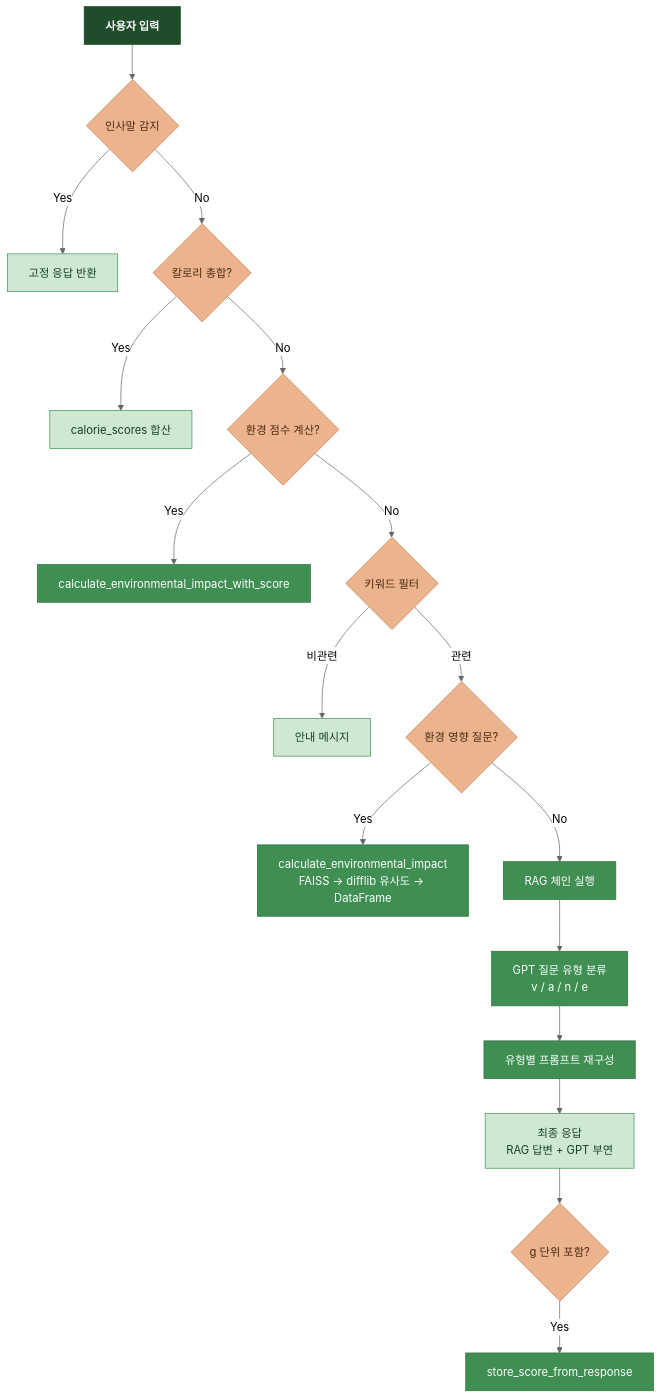
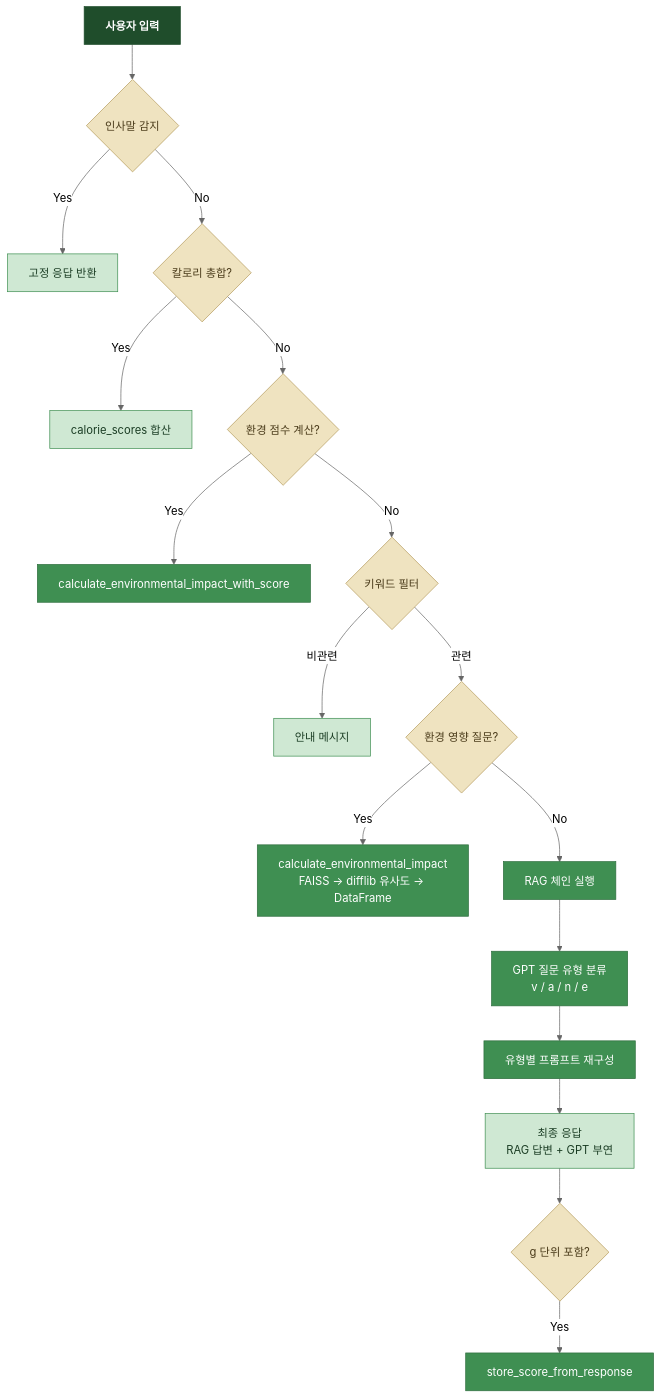
Before and after one commit to young017/VEGAN: the second of 3 diagrams in README.md, drawn with Mermaid (neutral theme).

````diff
--- a/README.md
+++ b/README.md
@@ -26,24 +26,24 @@
 ```mermaid
 flowchart TD
     classDef input  fill:#1F4D2B,stroke:#1F4D2B,color:#fff,font-weight:bold
-    classDef decide fill:#EBB48F,stroke:#C9824F,color:#4A2A10
+    classDef decide fill:#EFE3C0,stroke:#B59B5C,color:#4A3B1A
     classDef proc   fill:#3F8F52,stroke:#2E6E3E,color:#fff
     classDef out    fill:#CFE8D3,stroke:#3F8F52,color:#1B3D24
 
     A[사용자 입력]:::input --> B{인사말 감지}:::decide
     B -->|Yes| C[고정 응답 반환]:::out
     B -->|No| D{칼로리 총합?}:::decide
     D -->|Yes| E[calorie_scores 합산]:::out
     D -->|No| F{환경 점수 계산?}:::decide
     F -->|Yes| G[calculate_environmental_impact_with_score]:::proc
     F -->|No| H{키워드 필터}:::decide
     H -->|비관련| I[안내 메시지]:::out
     H -->|관련| J{환경 영향 질문?}:::decide
     J -->|Yes| K[calculate_environmental_impact\nFAISS → difflib 유사도 → DataFrame]:::proc
     J -->|No| L[RAG 체인 실행]:::proc
     L --> M[GPT 질문 유형 분류\nv / a / n / e]:::proc
     M --> N[유형별 프롬프트 재구성]:::proc
     N --> O[최종 응답\nRAG 답변 + GPT 부연]:::out
     O --> P{g 단위 포함?}:::decide
     P -->|Yes| Q[store_score_from_response]:::proc
 ```
````
